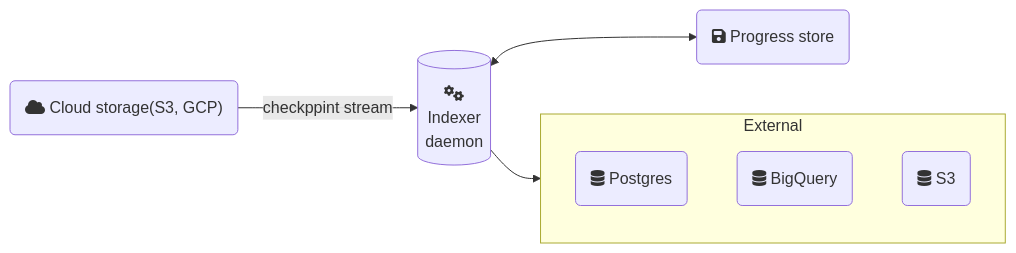
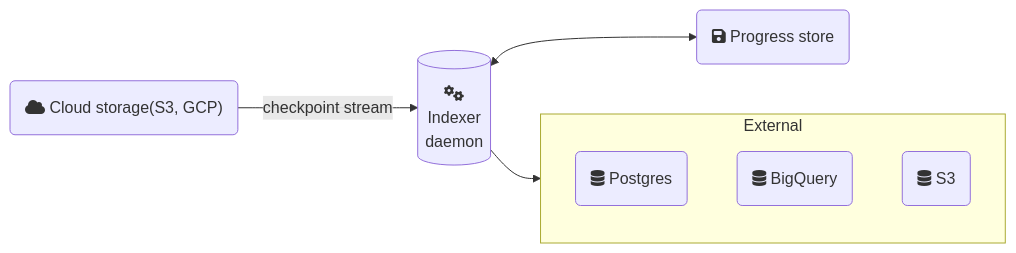
The first of 2 diagrams in docs/content/developer/advanced/custom-indexer.mdx (iotaledger/iota), drawn with Mermaid before and after one commit. The commit also changed other lines of this file and 1 other file, not shown here.

````diff
--- a/docs/content/developer/advanced/custom-indexer.mdx
+++ b/docs/content/developer/advanced/custom-indexer.mdx
@@ -85,15 +73,15 @@
 ```mermaid
 flowchart LR
   A("fa:fa-cloud Cloud storage(S3, GCP)");
   B[("fa:fa-gears
   Indexer
   daemon")];
-  A -- checkppint stream -->B;
+  A -- checkpoint stream -->B;
   B<-->C("fa:fa-floppy-disk Progress store");
   subgraph External
     D("fa:fa-database Postgres");
     E("fa:fa-database BigQuery");
     F("fa:fa-database S3");
   end
   B-->External
 ```
````
